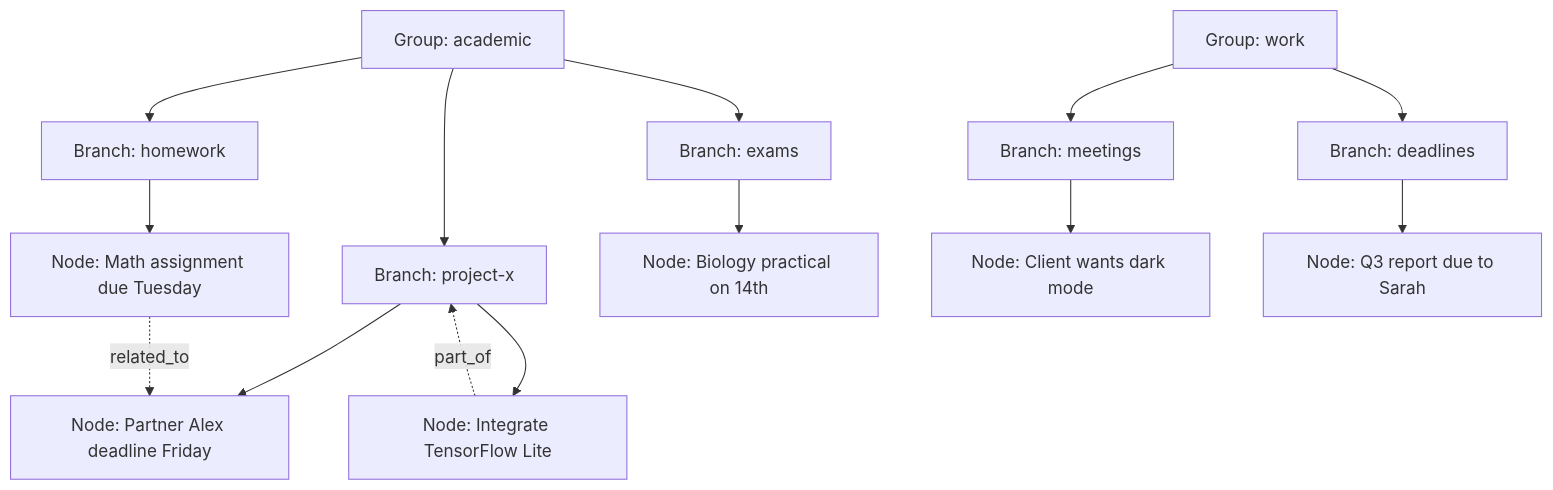
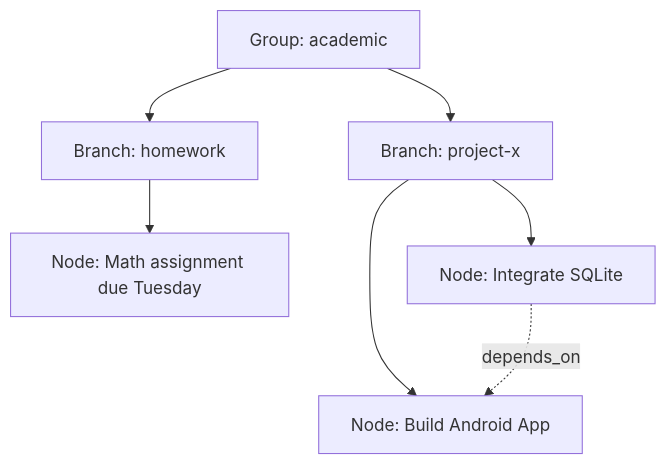
One commit to AtharvRG/Mine changed the diagram in 04 - Memory Graph Model.md. Above: the diagram before and after it, drawn with Mermaid. The commit also changed other lines of this file and 18 other files, not shown here.

Commit message:
Update infrastructure and architecture documentation to reflect new system design, including the 3-Key Architecture for API usage, local vector database integration, and updated component stack.

````diff
--- a/04 - Memory Graph Model.md
+++ b/04 - Memory Graph Model.md
@@ -7,18 +7,10 @@
 ```mermaid
 flowchart TD
-  A[Group: academic] --> B[Branch: homework]
-  A --> C[Branch: project-x]
-  A --> D[Branch: exams]
-  B --> E[Node: Math assignment due Tuesday]
-  C --> F[Node: Integrate TensorFlow Lite]
-  C --> G[Node: Partner Alex deadline Friday]
-  D --> H[Node: Biology practical on 14th]
+A[Group: academic] --> B[Branch: homework]
+A --> C[Branch: project-x]
+B --> E[Node: Math assignment due Tuesday]
+C --> F[Node: Integrate SQLite]
+C --> G[Node: Build Android App]
 
-  I[Group: work] --> J[Branch: meetings]
-  I --> K[Branch: deadlines]
-  J --> L[Node: Client wants dark mode]
-  K --> M[Node: Q3 report due to Sarah]
-
-  E -.->|related_to| G
-  F -.->|part_of| C
+F -.->|depends_on| G
 ```
````
